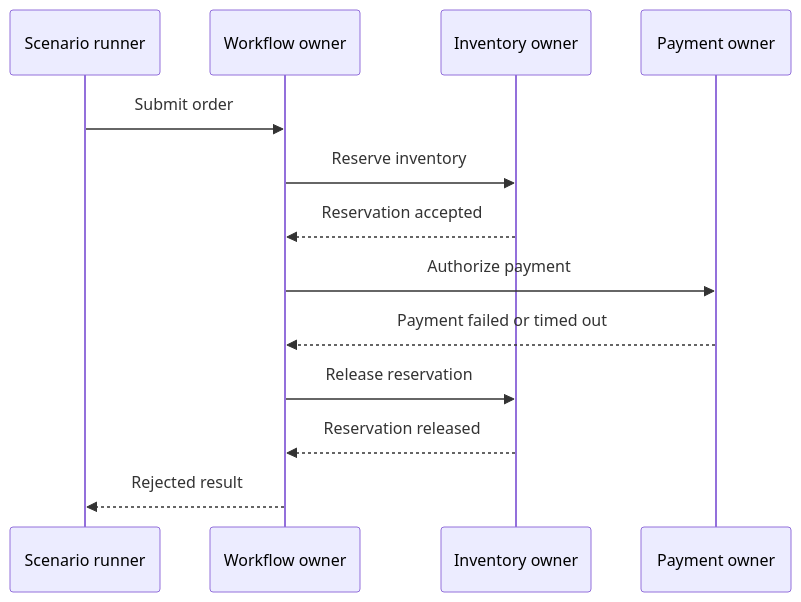
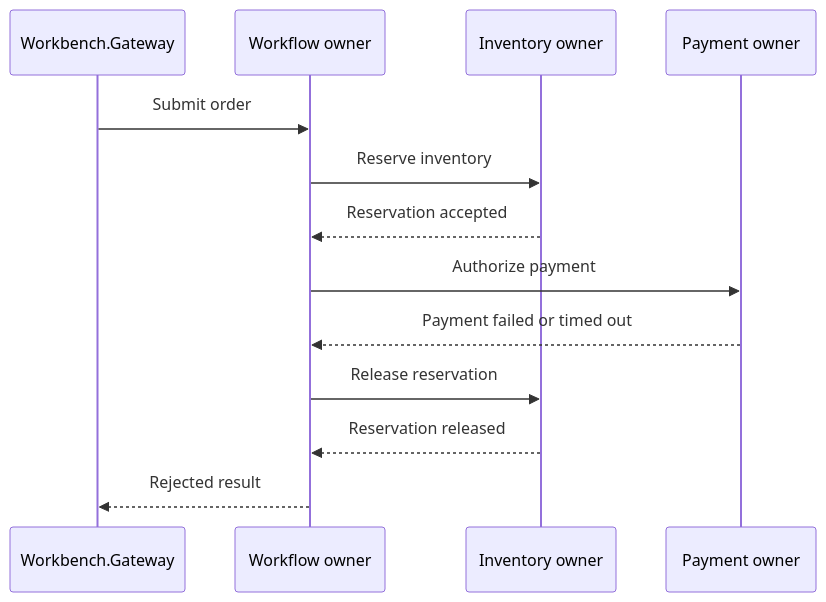
Before and after one commit to petesramek/microservices-vs-virtual-actors: the second of 3 diagrams in docs/12-scenario-guide.md, drawn with Mermaid. The commit also changed other lines of this file and 39 other files, not shown here.

````diff
--- a/docs/12-scenario-guide.md
+++ b/docs/12-scenario-guide.md
@@ -55,16 +61,16 @@
 ```mermaid
 sequenceDiagram
-    participant Runner as Scenario runner
+    participant Runner as Workbench.Gateway
     participant Workflow as Workflow owner
     participant Inventory as Inventory owner
     participant Payment as Payment owner
 
     Runner->>Workflow: Submit order
     Workflow->>Inventory: Reserve inventory
     Inventory-->>Workflow: Reservation accepted
     Workflow->>Payment: Authorize payment
     Payment-->>Workflow: Payment failed or timed out
     Workflow->>Inventory: Release reservation
     Inventory-->>Workflow: Reservation released
     Workflow-->>Runner: Rejected result
 ```
````
